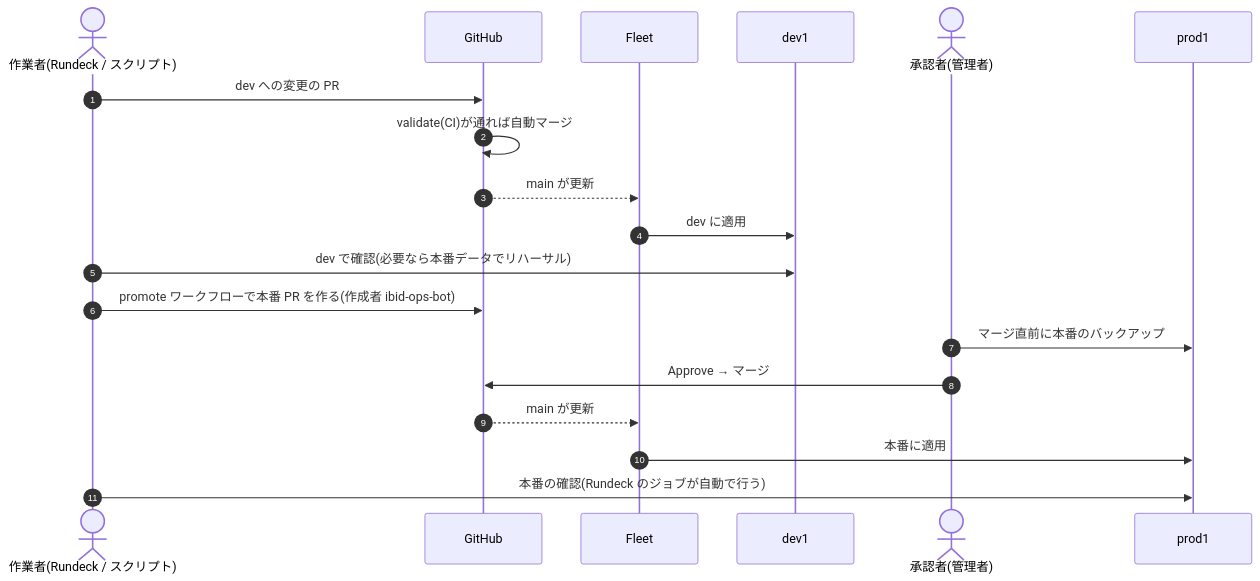
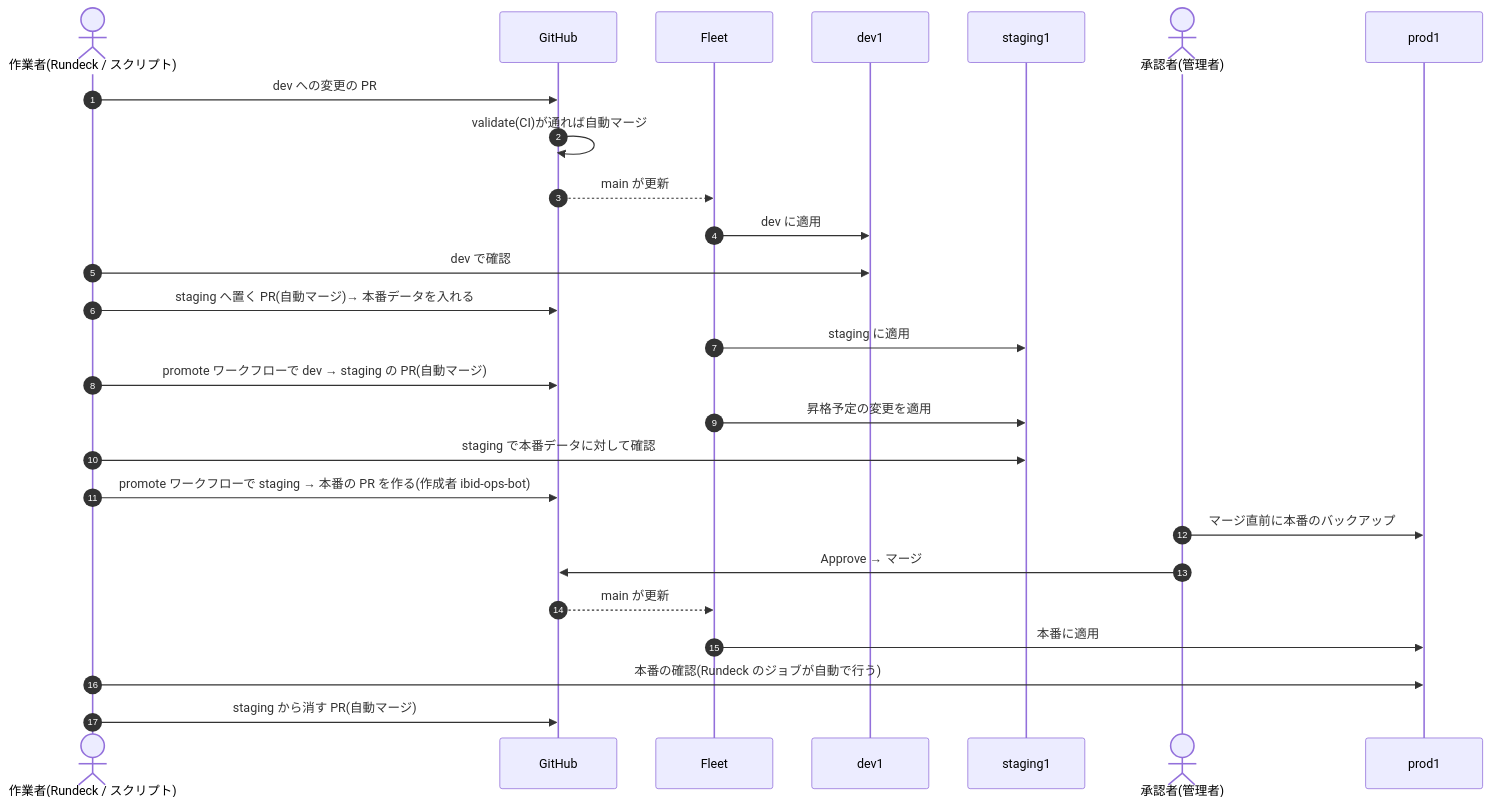
One commit to silver198545/ibid-fleet-config changed the fourth of 10 diagrams in docs/architecture.md. Above: the diagram before and after it, drawn with Mermaid. The commit also changed other lines of this file and 24 other files, not shown here.

````diff
--- a/docs/architecture.md
+++ b/docs/architecture.md
@@ -121,22 +131,29 @@
 ```mermaid
 sequenceDiagram
   autonumber
   actor W as 作業者(Rundeck / スクリプト)
   participant GH as GitHub
   participant F as Fleet
   participant D as dev1
+  participant S as staging1
   actor A as 承認者(管理者)
   participant P as prod1
 
   W->>GH: dev への変更の PR
   GH->>GH: validate(CI)が通れば自動マージ
   GH-->>F: main が更新
   F->>D: dev に適用
-  W->>D: dev で確認(必要なら本番データでリハーサル)
-  W->>GH: promote ワークフローで本番 PR を作る(作成者 ibid-ops-bot)
+  W->>D: dev で確認
+  W->>GH: staging へ置く PR(自動マージ)→ 本番データを入れる
+  F->>S: staging に適用
+  W->>GH: promote ワークフローで dev → staging の PR(自動マージ)
+  F->>S: 昇格予定の変更を適用
+  W->>S: staging で本番データに対して確認
+  W->>GH: promote ワークフローで staging → 本番の PR を作る(作成者 ibid-ops-bot)
   A->>P: マージ直前に本番のバックアップ
   A->>GH: Approve → マージ
   GH-->>F: main が更新
   F->>P: 本番に適用
   W->>P: 本番の確認(Rundeck のジョブが自動で行う)
+  W->>GH: staging から消す PR(自動マージ)
 ```
````
